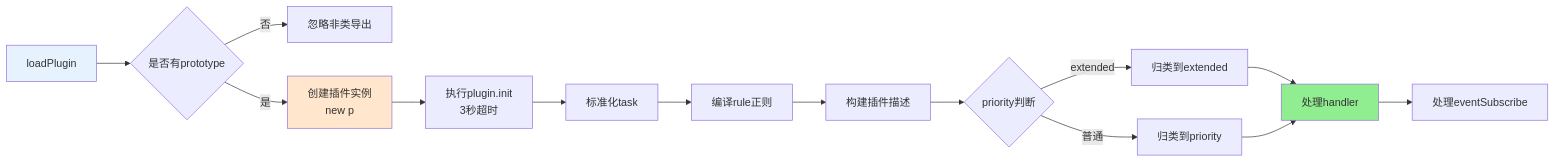
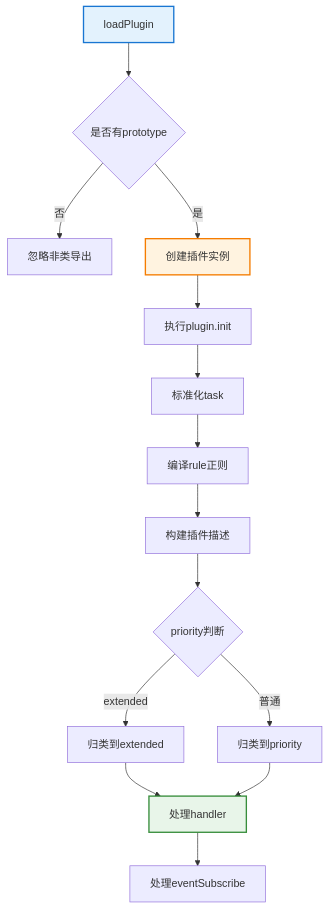
Before and after one commit to sunflowermm/XRK-AGT: the second of 3 diagrams in docs/plugins-loader.md, drawn with Mermaid. The commit also changed other lines of this file and 19 other files, not shown here.

````diff
--- a/docs/plugins-loader.md
+++ b/docs/plugins-loader.md
@@ -132,20 +132,20 @@
 ```mermaid
-flowchart LR
+flowchart TB
     A["loadPlugin"] --> B{"是否有prototype"}
     B -->|否| Z["忽略非类导出"]
-    B -->|是| C["创建插件实例<br/>new p"]
-    C --> D["执行plugin.init<br/>3秒超时"]
+    B -->|是| C["创建插件实例"]
+    C --> D["执行plugin.init"]
     D --> E["标准化task"]
     E --> F["编译rule正则"]
     F --> G["构建插件描述"]
     G --> H{"priority判断"}
     H -->|extended| I["归类到extended"]
     H -->|普通| J["归类到priority"]
     I --> K["处理handler"]
     J --> K
     K --> L["处理eventSubscribe"]
     
-    style A fill:#E6F3FF
-    style C fill:#FFE6CC
-    style K fill:#90EE90
+    style A fill:#E3F2FD,stroke:#1976D2,stroke-width:2px
+    style C fill:#FFF3E0,stroke:#F57C00,stroke-width:2px
+    style K fill:#E8F5E9,stroke:#388E3C,stroke-width:2px
 ```
````
